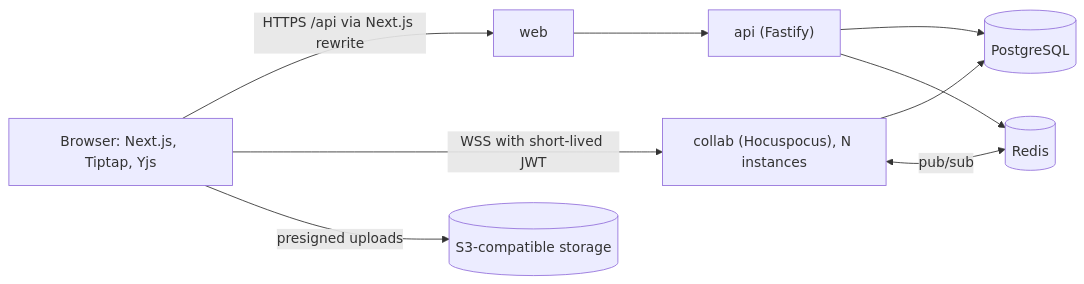
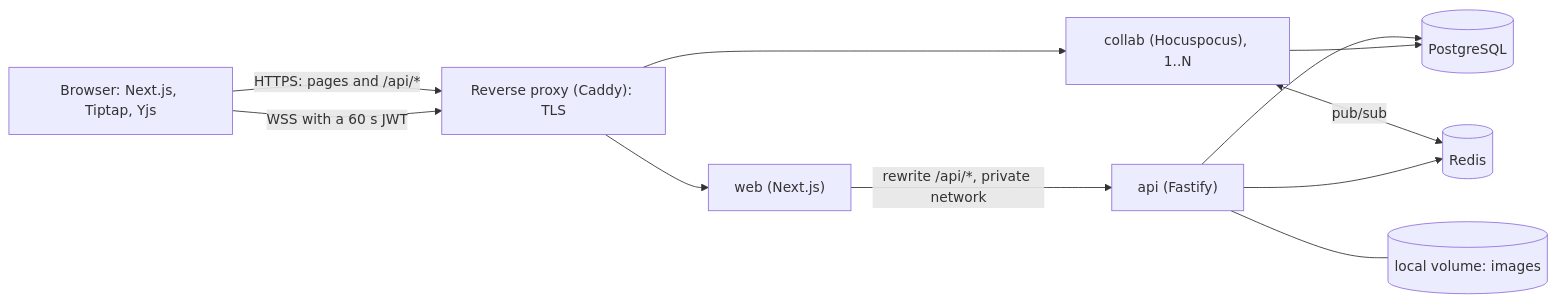
Before and after one commit to farseent/CoNote: the diagram in README.md, drawn with Mermaid. The commit also changed other lines of this file and 30 other files, not shown here.

````diff
--- a/README.md
+++ b/README.md
@@ -39,11 +42,13 @@
 ```mermaid
 flowchart LR
-  B["Browser: Next.js, Tiptap, Yjs"] -->|"HTTPS /api via Next.js rewrite"| WEB["web"]
-  WEB --> API["api (Fastify)"]
-  B -->|"WSS with short-lived JWT"| COLLAB["collab (Hocuspocus), N instances"]
+  B["Browser: Next.js, Tiptap, Yjs"] -->|"HTTPS: pages and /api/*"| PX["Reverse proxy (Caddy): TLS"]
+  B -->|"WSS with a 60 s JWT"| PX
+  PX --> WEB["web (Next.js)"]
+  PX --> COLLAB["collab (Hocuspocus), 1..N"]
+  WEB -->|"rewrite /api/*, private network"| API["api (Fastify)"]
   API --> PG[("PostgreSQL")]
   COLLAB --> PG
   COLLAB <-->|"pub/sub"| RD[("Redis")]
   API --> RD
-  B -->|"presigned uploads"| S3[("S3-compatible storage")]
+  API --- VOL[("local volume: images")]
 ```
````
